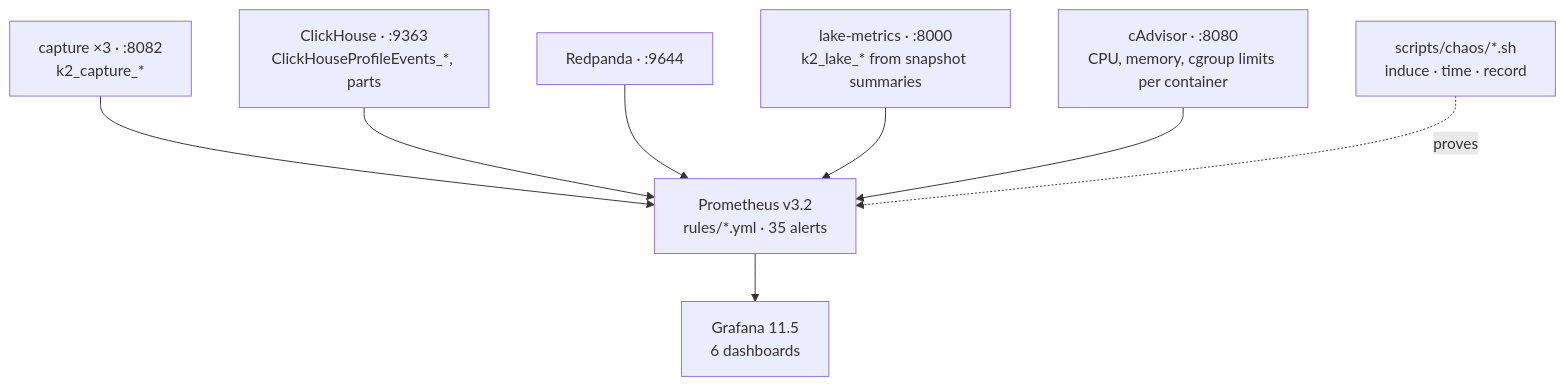
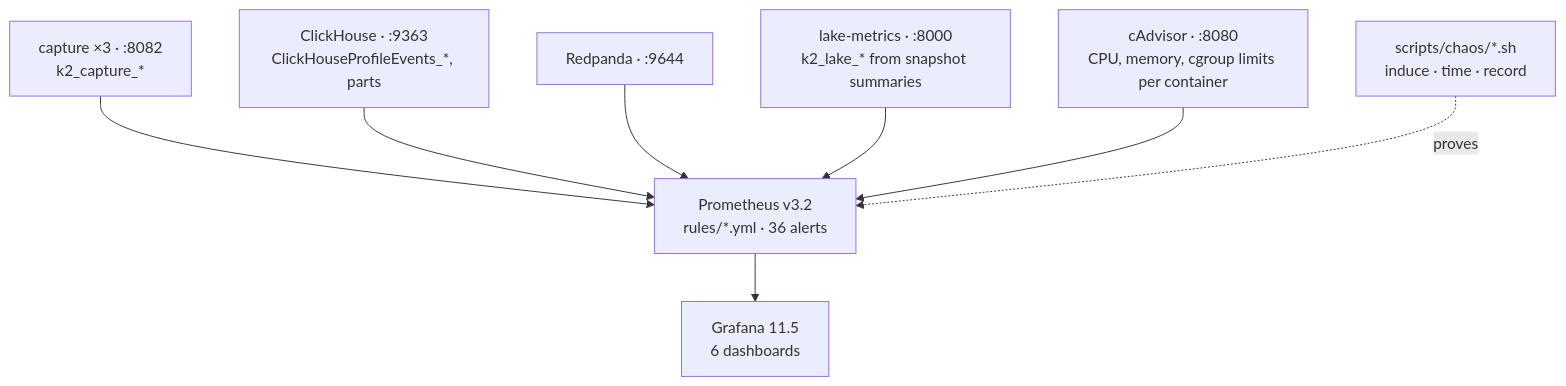
Before and after one commit to rjdscott/k2-market-data-platform: the diagram in docs/architecture/11-observability.md, drawn with Mermaid. The commit also changed other lines of this file and 16 other files, not shown here.

````diff
--- a/docs/architecture/11-observability.md
+++ b/docs/architecture/11-observability.md
@@ -54,13 +54,13 @@
 ```mermaid
 flowchart TB
   C["capture ×3 · :8082<br/>k2_capture_*"]
   H["ClickHouse · :9363<br/>ClickHouseProfileEvents_*, parts"]
   R["Redpanda · :9644"]
   L["lake-metrics · :8000<br/>k2_lake_* from snapshot summaries"]
   A["cAdvisor · :8080<br/>CPU, memory, cgroup limits per container"]
-  P["Prometheus v3.2<br/>rules/*.yml · 35 alerts"]
+  P["Prometheus v3.2<br/>rules/*.yml · 36 alerts"]
   G["Grafana 11.5<br/>6 dashboards"]
   X["scripts/chaos/*.sh<br/>induce · time · record"]
   C & H & R & L & A --> P --> G
   X -.->|"proves"| P
 ```
````
